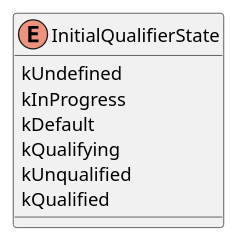
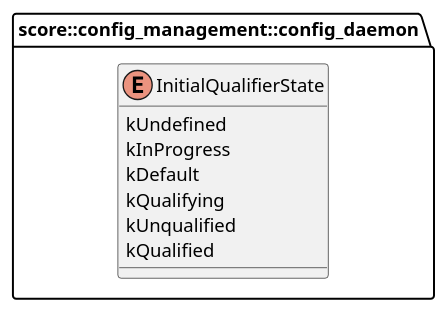
One commit to eclipse-score/config_management changed the diagram in score/config_management/config_daemon/detailed_design/assets/types/initial_qualifier_state/initial_qualifier_state.puml. Above: the diagram before and after it, drawn with PlantUML. The commit also changed 155 other files, not shown here.

```diff
--- a/score/config_management/config_daemon/detailed_design/assets/types/initial_qualifier_state/initial_qualifier_state.puml
+++ b/score/config_management/config_daemon/detailed_design/assets/types/initial_qualifier_state/initial_qualifier_state.puml
@@ -1,12 +1,14 @@
 @startuml
 
+namespace score::config_management::config_daemon {
 enum InitialQualifierState{
     kUndefined
     kInProgress
     kDefault
     kQualifying
     kUnqualified
     kQualified
 }
+}
 
 @enduml
```
